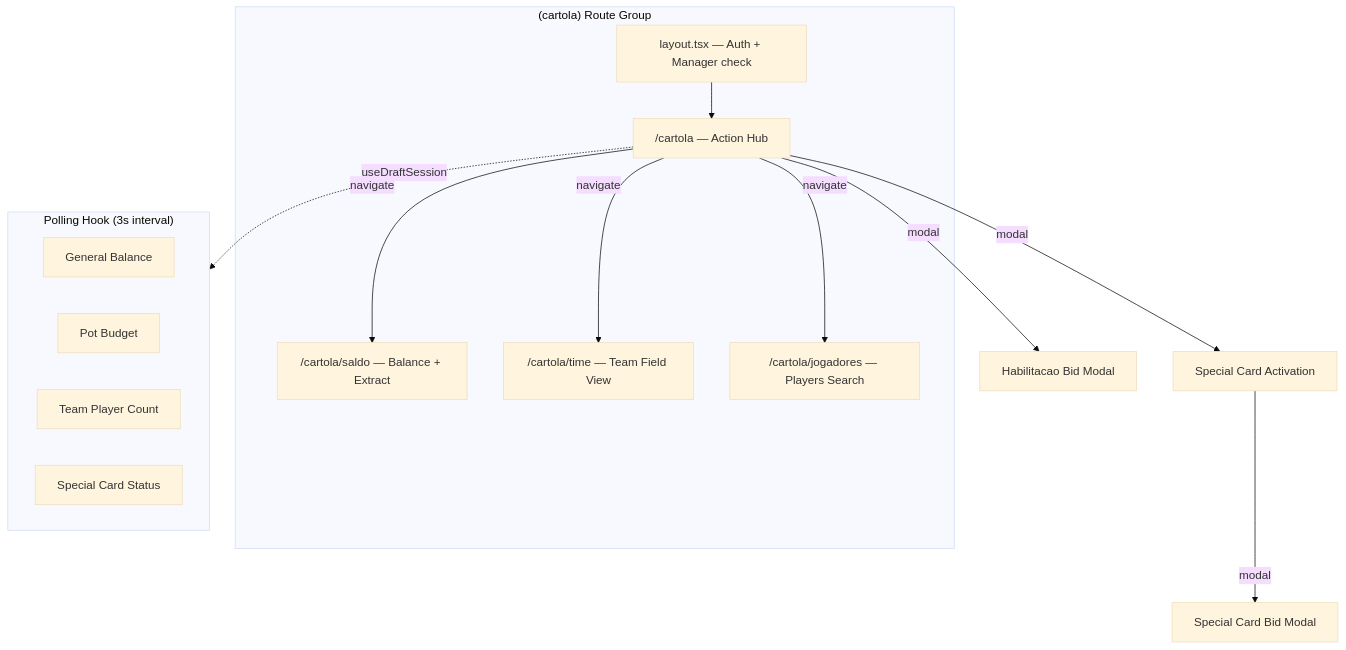
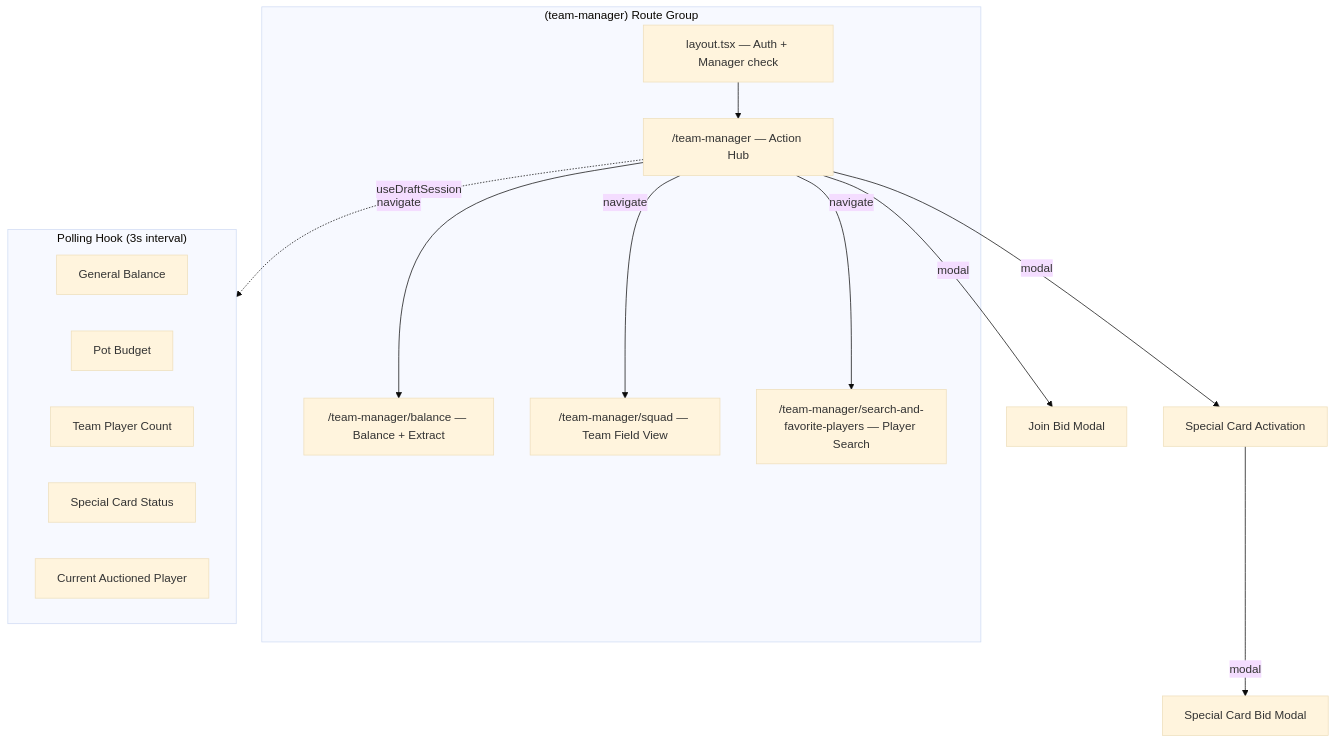
The diagram in .cursor/plans/cartola_draft_portal_5fcf5e45.plan.md (truealamino/campeonato-app), drawn with Mermaid (base theme) before and after one commit. The commit also changed other lines of this file, not shown here.

````diff
--- a/.cursor/plans/cartola_draft_portal_5fcf5e45.plan.md
+++ b/.cursor/plans/cartola_draft_portal_5fcf5e45.plan.md
@@ -42,27 +49,28 @@
 ```mermaid
 flowchart TD
-    subgraph routeGroup ["(cartola) Route Group"]
+    subgraph routeGroup ["(team-manager) Route Group"]
         Layout["layout.tsx — Auth + Manager check"]
-        Dashboard["/cartola — Action Hub"]
-        Saldo["/cartola/saldo — Balance + Extract"]
-        Time["/cartola/time — Team Field View"]
-        Jogadores["/cartola/jogadores — Players Search"]
+        Dashboard["/team-manager — Action Hub"]
+        Balance["/team-manager/balance — Balance + Extract"]
+        Squad["/team-manager/squad — Team Field View"]
+        Players["/team-manager/search-and-favorite-players — Player Search"]
     end
 
     Layout --> Dashboard
-    Dashboard -->|"navigate"| Saldo
-    Dashboard -->|"navigate"| Time
-    Dashboard -->|"navigate"| Jogadores
-    Dashboard -->|"modal"| HabModal["Habilitacao Bid Modal"]
+    Dashboard -->|"navigate"| Balance
+    Dashboard -->|"navigate"| Squad
+    Dashboard -->|"navigate"| Players
+    Dashboard -->|"modal"| JoinModal["Join Bid Modal"]
     Dashboard -->|"modal"| SCActivate["Special Card Activation"]
     SCActivate -->|"modal"| SCBid["Special Card Bid Modal"]
 
     subgraph polling ["Polling Hook (3s interval)"]
         BalanceData["General Balance"]
         PotData["Pot Budget"]
         TeamCount["Team Player Count"]
         CardStatus["Special Card Status"]
+        AuctionPlayer["Current Auctioned Player"]
     end
 
     Dashboard -.->|"useDraftSession"| polling
 ```
````
